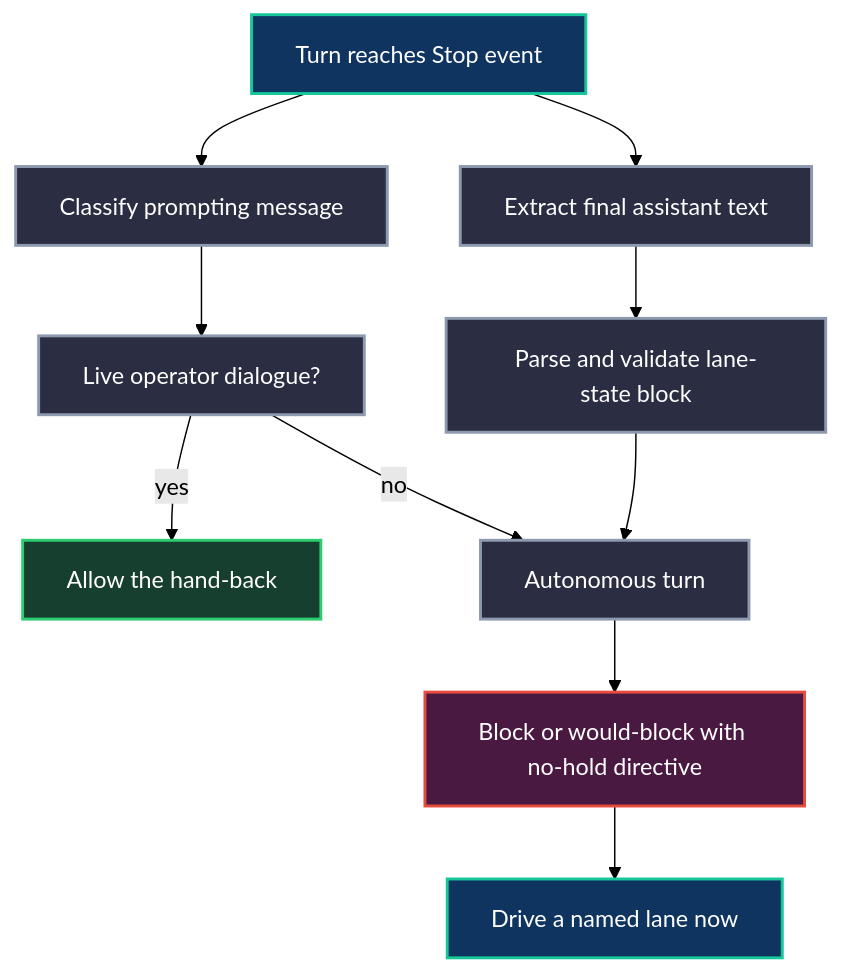
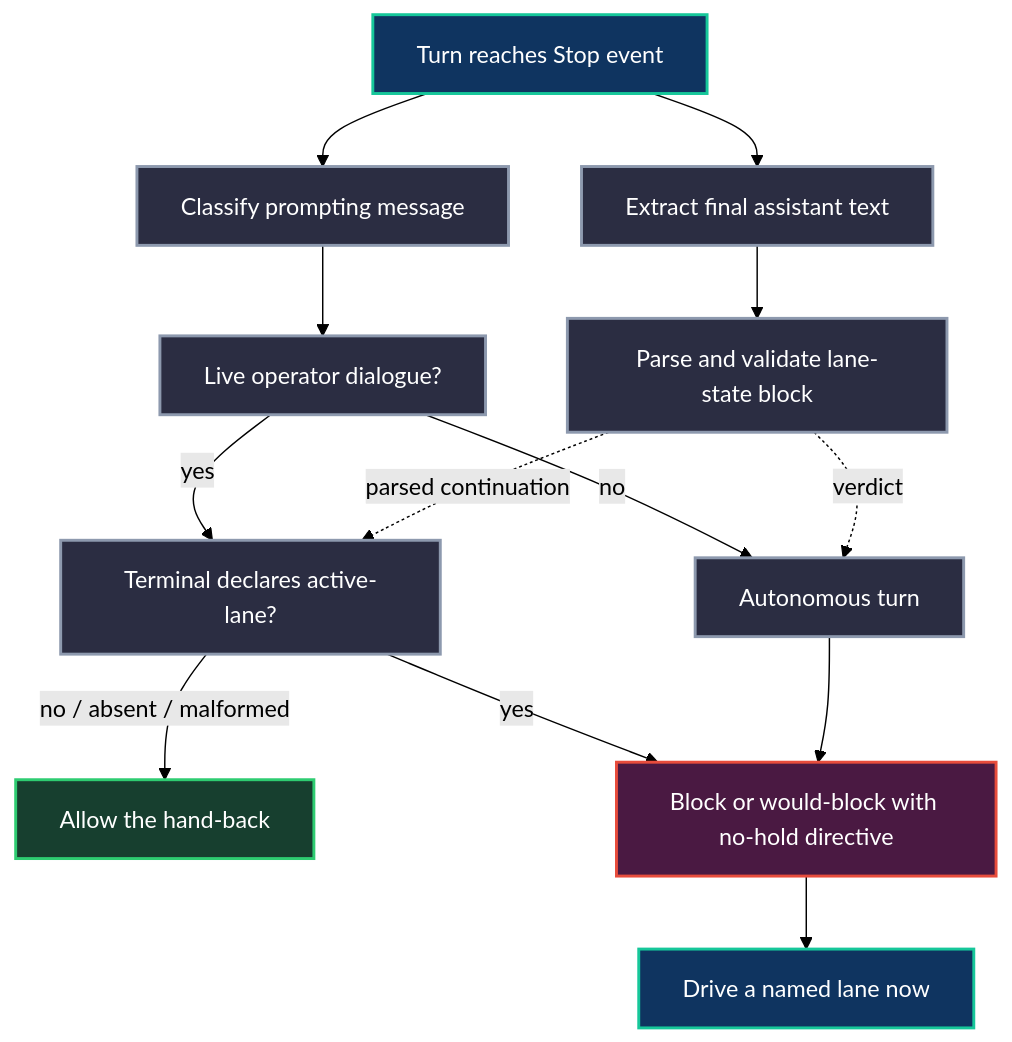
Before and after one commit to neomjs/neo: the diagram in learn/agentos/Hooks.md, drawn with Mermaid (forest theme). The commit also changed other lines of this file and 3 other files, not shown here.

````diff
--- a/learn/agentos/Hooks.md
+++ b/learn/agentos/Hooks.md
@@ -49,27 +49,31 @@
 ```mermaid
 flowchart TD
     classDef event fill:#0f3460,stroke:#16c79a,stroke-width:2px,color:#fff
     classDef evidence fill:#2b2d42,stroke:#8d99ae,stroke-width:2px,color:#fff
     classDef allow fill:#173f2f,stroke:#2ecc71,stroke-width:2px,color:#fff
     classDef block fill:#4a1942,stroke:#e74c3c,stroke-width:2px,color:#fff
 
     Stop["Turn reaches Stop event"]:::event
     Text["Extract final assistant text"]:::evidence
     Prompt["Classify prompting message"]:::evidence
     Lane["Parse and validate lane-state block"]:::evidence
     Operator["Live operator dialogue?"]:::evidence
+    Active["Terminal declares active-lane?"]:::evidence
     Allow["Allow the hand-back"]:::allow
     Autonomous["Autonomous turn"]:::evidence
     Reflect["Block or would-block with no-hold directive"]:::block
     Drive["Drive a named lane now"]:::event
 
     Stop --> Text
     Stop --> Prompt
     Text --> Lane
     Prompt --> Operator
-    Operator -->|"yes"| Allow
+    Operator -->|"yes"| Active
     Operator -->|"no"| Autonomous
-    Lane --> Autonomous
+    Lane -. "parsed continuation" .-> Active
+    Active -->|"yes"| Reflect
+    Active -->|"no / absent / malformed"| Allow
+    Lane -. "verdict" .-> Autonomous
     Autonomous --> Reflect
     Reflect --> Drive
 ```
````
